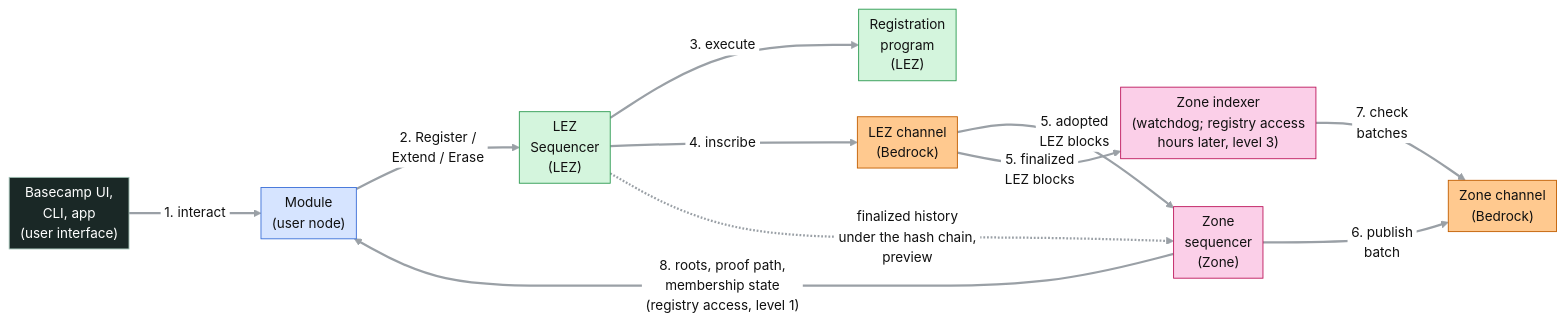
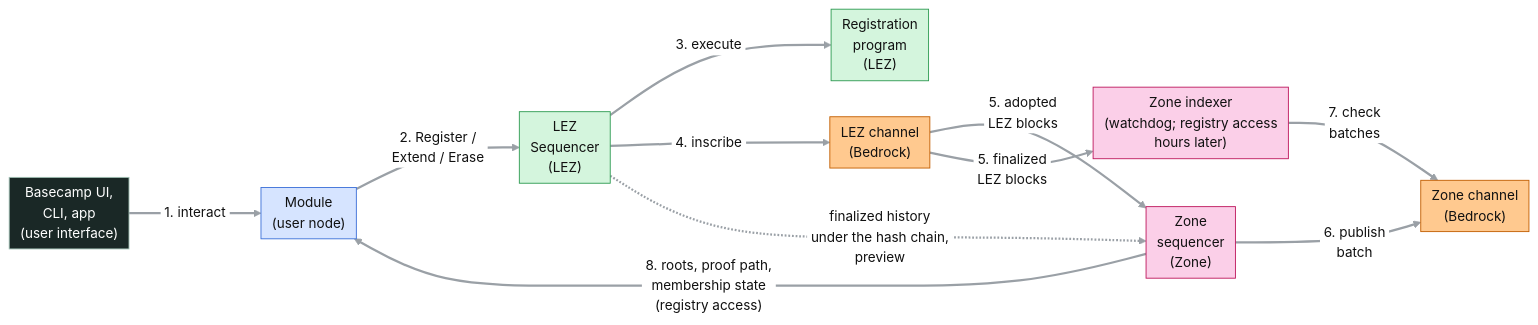
The first of 10 diagrams in docs/rfc-rln-membership-zone.md (logos-co/logos-rln-membership-zone), drawn with Mermaid before and after one commit. The commit also changed other lines of this file, not shown here.

Commit message:
docs: RFC pass: registry access timing, heartbeat wording, references at 0.3.2

````diff
--- a/docs/rfc-rln-membership-zone.md
+++ b/docs/rfc-rln-membership-zone.md
@@ -188,26 +188,26 @@
 ```mermaid
 %%{init: {"theme": "base", "flowchart": {"curve": "basis", "nodeSpacing": 40, "rankSpacing": 70, "padding": 6}, "themeVariables": {"lineColor": "#9aa0a6", "primaryTextColor": "#111111", "edgeLabelBackground": "#ffffff", "fontSize": "15px"}, "themeCSS": "marker { overflow: visible; } .arrowMarkerPath { transform: scale(1.7); transform-origin: 5px 5px; } .edgeLabel, .edgeLabel p, .edgeLabel span { font-size: 12px; line-height: 1.2; }"}}%%
 flowchart LR
     APP["Basecamp UI,<br/>CLI, app<br/>(user interface)"] -->|"#nbsp;1. interact#nbsp;"| MOD["Module<br/>(user node)"]
     MOD -->|"#nbsp;2. Register /#nbsp;<br/>#nbsp;Extend / Erase#nbsp;"| LSEQ["LEZ<br/>Sequencer<br/>(LEZ)"]
     LSEQ -->|"#nbsp;3. execute#nbsp;"| PROG["Registration<br/>program<br/>(LEZ)"]
     LSEQ -->|"#nbsp;4. inscribe#nbsp;"| LCH["LEZ channel<br/>(Bedrock)"]
     LCH -->|"#nbsp;5. adopted#nbsp;<br/>#nbsp;LEZ blocks#nbsp;"| ZSEQ["Zone<br/>sequencer<br/>(Zone)"]
-    LCH -->|"#nbsp;5. finalized#nbsp;<br/>#nbsp;LEZ blocks#nbsp;"| IDX["Zone indexer<br/>(watchdog; registry access<br/>hours later, level 3)"]
+    LCH -->|"#nbsp;5. finalized#nbsp;<br/>#nbsp;LEZ blocks#nbsp;"| IDX["Zone indexer<br/>(watchdog; registry access<br/>hours later)"]
     LSEQ -.->|"#nbsp;finalized history#nbsp;<br/>#nbsp;under the hash chain,#nbsp;<br/>#nbsp;preview#nbsp;"| ZSEQ
     ZSEQ -->|"#nbsp;6. publish#nbsp;<br/>#nbsp;batch#nbsp;"| ZCH["Zone channel<br/>(Bedrock)"]
     IDX -->|"#nbsp;7. check#nbsp;<br/>#nbsp;batches#nbsp;"| ZCH
-    ZSEQ -->|"#nbsp;8. roots, proof path,#nbsp;<br/>#nbsp;membership state#nbsp;<br/>#nbsp;(registry access, level 1)#nbsp;"| MOD
+    ZSEQ -->|"#nbsp;8. roots, proof path,#nbsp;<br/>#nbsp;membership state#nbsp;<br/>#nbsp;(registry access)#nbsp;"| MOD
     linkStyle default stroke-width:2.5px
 
     classDef ui fill:#1a2826,stroke:#9fbfb3,color:#ffffff
     classDef user fill:#d6e4ff,stroke:#3b6fd8,color:#111111
     classDef lez fill:#d4f5dd,stroke:#2e9b52,color:#111111
     classDef l1 fill:#ffc98f,stroke:#c25e00,color:#111111
     classDef zone fill:#fbcfe8,stroke:#be185d,color:#111111
     class APP ui
     class MOD user
     class LSEQ,PROG lez
     class LCH,ZCH l1
     class ZSEQ,IDX zone
 ```
````
